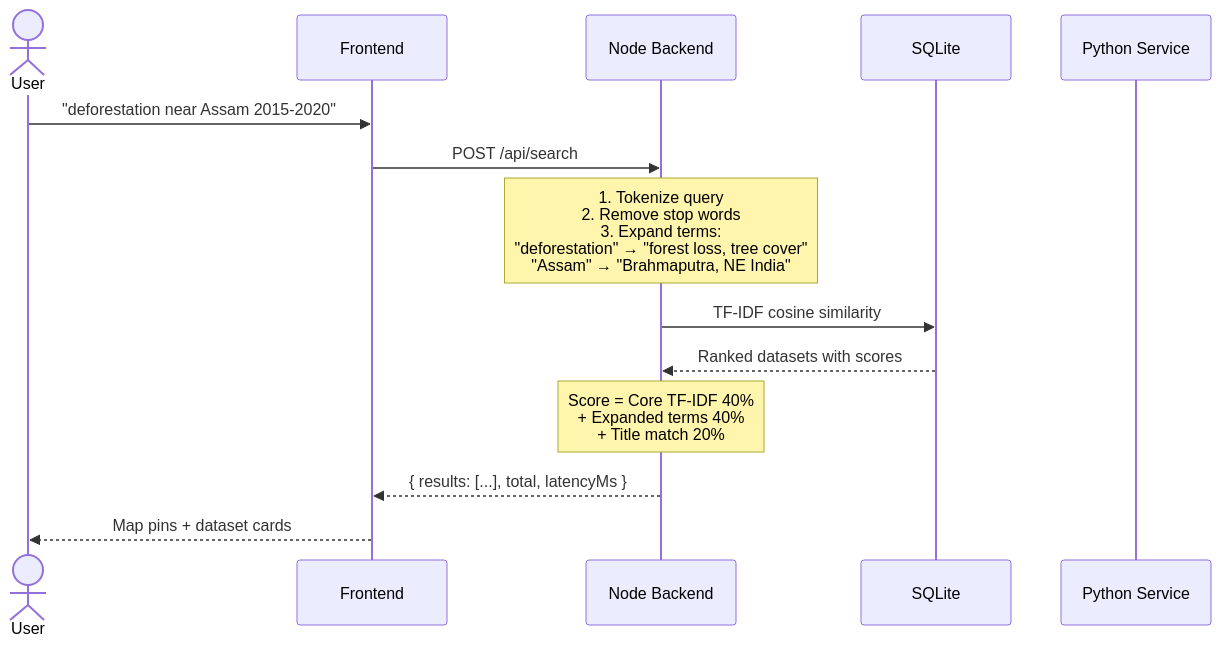
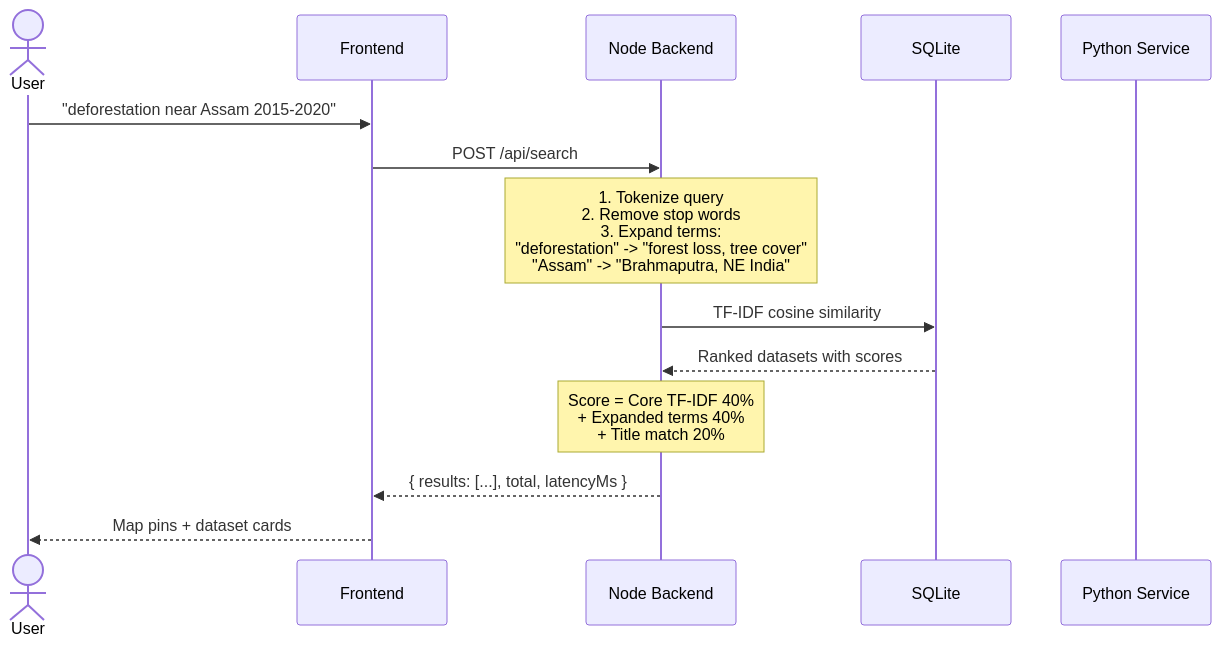
One commit to saatvikraghuvanshi-lab/OrbitalQuery changed the second of 4 diagrams in README.md. Above: the diagram before and after it, drawn with Mermaid. The commit also changed other lines of this file, not shown here.

First line of the commit message:
Restructure README with professional information architecture

````diff
--- a/README.md
+++ b/README.md
@@ -487,21 +558,21 @@
 ```mermaid
 sequenceDiagram
     actor User
     participant FE as Frontend
     participant BE as Node Backend
     participant DB as SQLite
     participant PY as Python Service
 
     User->>FE: "deforestation near Assam 2015-2020"
     FE->>BE: POST /api/search
 
-    Note over BE: 1. Tokenize query<br/>2. Remove stop words<br/>3. Expand terms:<br/>  "deforestation" → "forest loss, tree cover"<br/>  "Assam" → "Brahmaputra, NE India"
+    Note over BE: 1. Tokenize query<br/>2. Remove stop words<br/>3. Expand terms:<br/>  "deforestation" -> "forest loss, tree cover"<br/>  "Assam" -> "Brahmaputra, NE India"
 
     BE->>DB: TF-IDF cosine similarity
     DB-->>BE: Ranked datasets with scores
 
     Note over BE: Score = Core TF-IDF 40%<br/>       + Expanded terms 40%<br/>       + Title match 20%
 
     BE-->>FE: { results: [...], total, latencyMs }
     FE-->>User: Map pins + dataset cards
 ```
````
